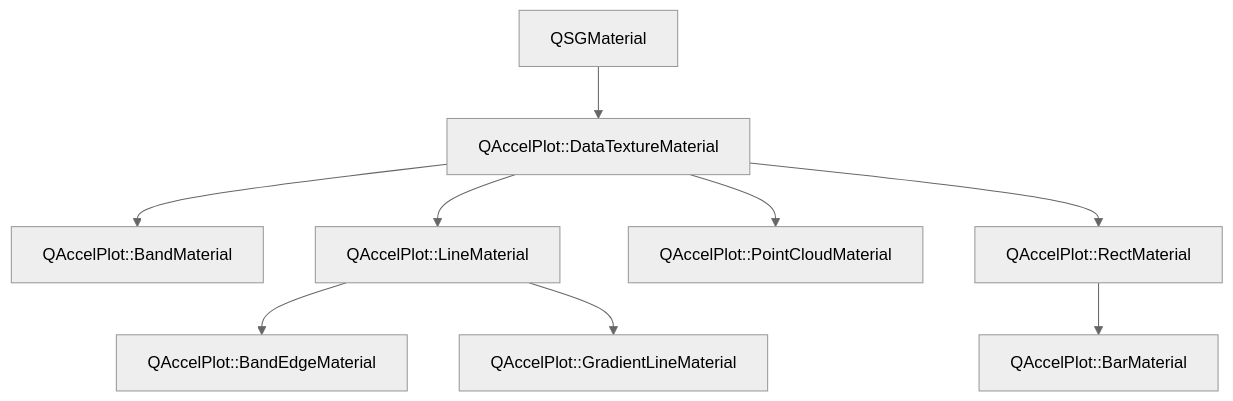
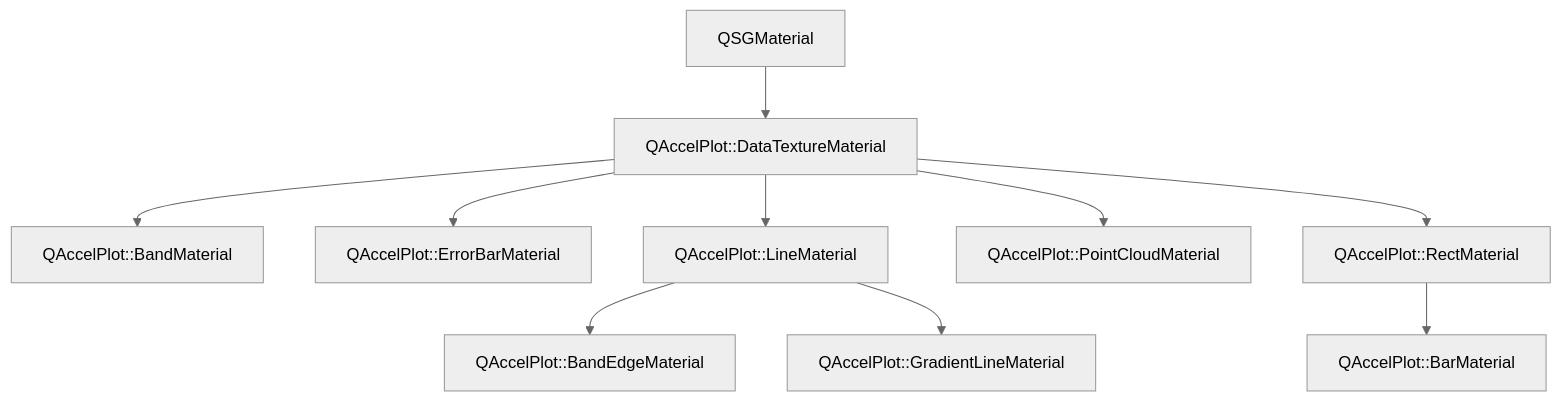
The diagram in main/assets/.doxy/QAccelPlot/api/classQAccelPlot_1_1DataTextureMaterial.md (michalgrabarczyk/QAccelPlot), drawn with Mermaid (neutral theme) before and after one commit. The commit also changed other lines of this file and 512 other files, not shown here.

````diff
--- a/main/assets/.doxy/QAccelPlot/api/classQAccelPlot_1_1DataTextureMaterial.md
+++ b/main/assets/.doxy/QAccelPlot/api/classQAccelPlot_1_1DataTextureMaterial.md
@@ -32,36 +32,40 @@
 ```mermaid
 flowchart TB
   classQAccelPlot_1_1DataTextureMaterial["QAccelPlot::DataTextureMaterial"]
 
   external_base_classQAccelPlot_1_1DataTextureMaterial_1["QSGMaterial"]
   external_base_classQAccelPlot_1_1DataTextureMaterial_1 --> classQAccelPlot_1_1DataTextureMaterial
 
   classQAccelPlot_1_1BandMaterial["QAccelPlot::BandMaterial"]
   classQAccelPlot_1_1DataTextureMaterial --> classQAccelPlot_1_1BandMaterial
   click classQAccelPlot_1_1BandMaterial "../classQAccelPlot_1_1BandMaterial/" "Open QAccelPlot::BandMaterial"
+
+  classQAccelPlot_1_1ErrorBarMaterial["QAccelPlot::ErrorBarMaterial"]
+  classQAccelPlot_1_1DataTextureMaterial --> classQAccelPlot_1_1ErrorBarMaterial
+  click classQAccelPlot_1_1ErrorBarMaterial "../classQAccelPlot_1_1ErrorBarMaterial/" "Open QAccelPlot::ErrorBarMaterial"
 
   classQAccelPlot_1_1LineMaterial["QAccelPlot::LineMaterial"]
   classQAccelPlot_1_1DataTextureMaterial --> classQAccelPlot_1_1LineMaterial
   click classQAccelPlot_1_1LineMaterial "../classQAccelPlot_1_1LineMaterial/" "Open QAccelPlot::LineMaterial"
 
   classQAccelPlot_1_1BandEdgeMaterial["QAccelPlot::BandEdgeMaterial"]
   classQAccelPlot_1_1LineMaterial --> classQAccelPlot_1_1BandEdgeMaterial
   click classQAccelPlot_1_1BandEdgeMaterial "../classQAccelPlot_1_1BandEdgeMaterial/" "Open QAccelPlot::BandEdgeMaterial"
 
   classQAccelPlot_1_1GradientLineMaterial["QAccelPlot::GradientLineMaterial"]
   classQAccelPlot_1_1LineMaterial --> classQAccelPlot_1_1GradientLineMaterial
   click classQAccelPlot_1_1GradientLineMaterial "../classQAccelPlot_1_1GradientLineMaterial/" "Open QAccelPlot::GradientLineMaterial"
 
   classQAccelPlot_1_1PointCloudMaterial["QAccelPlot::PointCloudMaterial"]
   classQAccelPlot_1_1DataTextureMaterial --> classQAccelPlot_1_1PointCloudMaterial
   click classQAccelPlot_1_1PointCloudMaterial "../classQAccelPlot_1_1PointCloudMaterial/" "Open QAccelPlot::PointCloudMaterial"
 
   classQAccelPlot_1_1RectMaterial["QAccelPlot::RectMaterial"]
   classQAccelPlot_1_1DataTextureMaterial --> classQAccelPlot_1_1RectMaterial
   click classQAccelPlot_1_1RectMaterial "../classQAccelPlot_1_1RectMaterial/" "Open QAccelPlot::RectMaterial"
 
   classQAccelPlot_1_1BarMaterial["QAccelPlot::BarMaterial"]
   classQAccelPlot_1_1RectMaterial --> classQAccelPlot_1_1BarMaterial
   click classQAccelPlot_1_1BarMaterial "../classQAccelPlot_1_1BarMaterial/" "Open QAccelPlot::BarMaterial"
 
 ```
````
